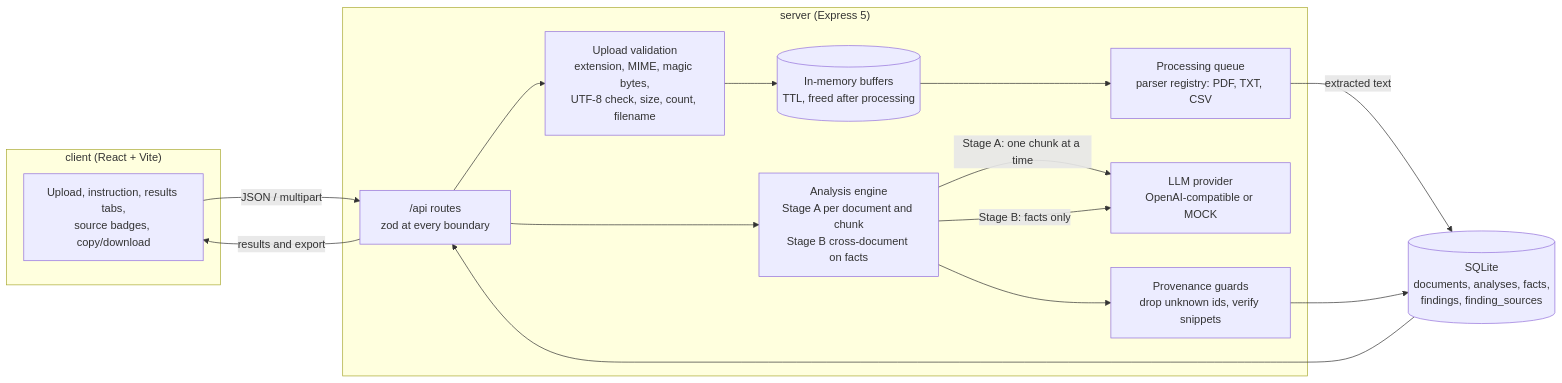
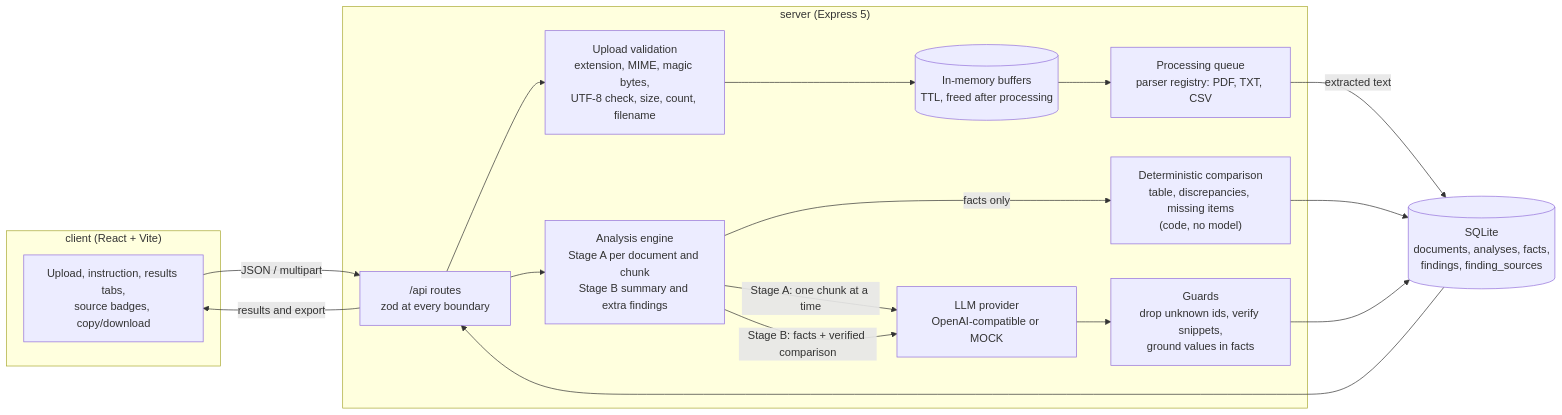
One commit to sachin-11/multi-doc-workbench changed the diagram in README.md. Above: the diagram before and after it, drawn with Mermaid. The commit also changed other lines of this file and 29 other files, not shown here.

First line of the commit message:
fix(analysis): deterministic cross-doc comparison and value-grounded findings

````diff
--- a/README.md
+++ b/README.md
@@ -79,28 +79,32 @@
 ```mermaid
 flowchart LR
   subgraph Client["client (React + Vite)"]
     UI["Upload, instruction, results tabs,<br/>source badges, copy/download"]
   end
 
   subgraph Server["server (Express 5)"]
     API["/api routes<br/>zod at every boundary"]
     UV["Upload validation<br/>extension, MIME, magic bytes,<br/>UTF-8 check, size, count, filename"]
     BUF[("In-memory buffers<br/>TTL, freed after processing")]
     PROC["Processing queue<br/>parser registry: PDF, TXT, CSV"]
-    AE["Analysis engine<br/>Stage A per document and chunk<br/>Stage B cross-document on facts"]
+    AE["Analysis engine<br/>Stage A per document and chunk<br/>Stage B summary and extra findings"]
+    DET["Deterministic comparison<br/>table, discrepancies, missing items<br/>(code, no model)"]
     LLM["LLM provider<br/>OpenAI-compatible or MOCK"]
-    G["Provenance guards<br/>drop unknown ids, verify snippets"]
+    G["Guards<br/>drop unknown ids, verify snippets,<br/>ground values in facts"]
   end
 
   DB[("SQLite<br/>documents, analyses, facts,<br/>findings, finding_sources")]
 
   UI -- "JSON / multipart" --> API
   API --> UV --> BUF --> PROC
   PROC -- "extracted text" --> DB
   API --> AE
   AE -- "Stage A: one chunk at a time" --> LLM
-  AE -- "Stage B: facts only" --> LLM
-  AE --> G --> DB
+  AE -- "facts only" --> DET
+  AE -- "Stage B: facts + verified comparison" --> LLM
+  LLM --> G
+  DET --> DB
+  G --> DB
   DB --> API
   API -- "results and export" --> UI
 ```
````
